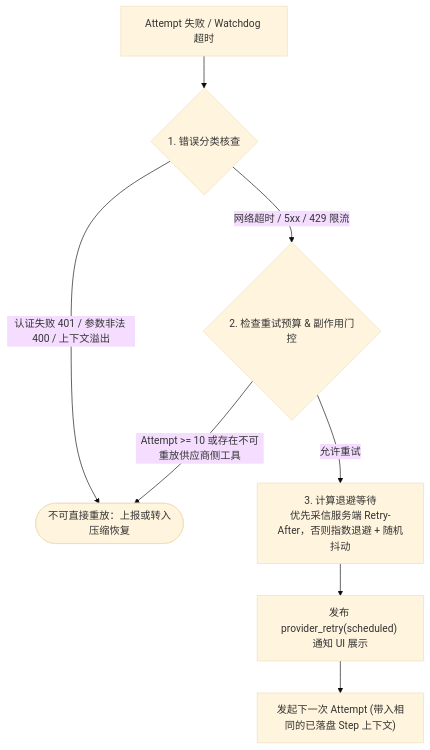
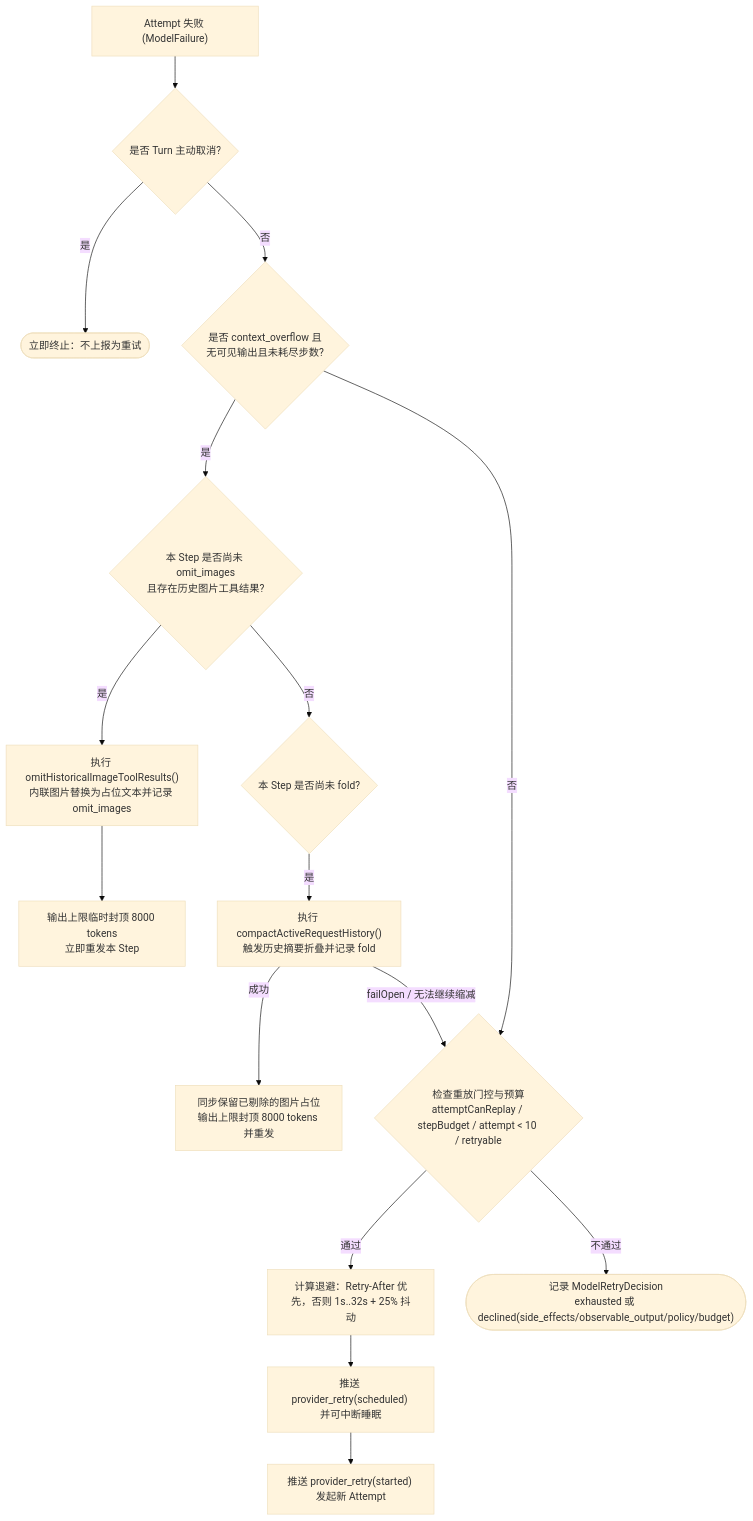
Before and after one commit to suger-m/agent-infrastructure-docs: the third of 4 diagrams in maka-agent-infra/06-operations/retry-timeout-idempotency.md, drawn with Mermaid (base theme). The commit also changed other lines of this file and 31 other files, not shown here.

````diff
--- a/maka-agent-infra/06-operations/retry-timeout-idempotency.md
+++ b/maka-agent-infra/06-operations/retry-timeout-idempotency.md
@@ -36,12 +126,22 @@
 ```mermaid
 flowchart TD
-    Err["Attempt 失败 / Watchdog 超时"] --> Classify{"1. 错误分类核查"}
-    Classify -->|"认证失败 401 / 参数非法 400 / 上下文溢出"| Stop(["不可直接重放：上报或转入压缩恢复"])
-    Classify -->|"网络超时 / 5xx / 429 限流"| Budget{"2. 检查重试预算 & 副作用门控"}
-    
-    Budget -->|Attempt >= 10 或存在不可重放供应商侧工具| Stop
-    Budget -->|允许重试| Delay["3. 计算退避等待<br/>优先采信服务端 Retry-After，否则指数退避 + 随机抖动"]
-    
-    Delay --> EmitWait["发布 provider_retry(scheduled) 通知 UI 展示"]
-    EmitWait --> Retry["发起下一次 Attempt (带入相同的已落盘 Step 上下文)"]
+    Fail["Attempt 失败 (ModelFailure)"] --> CheckAbort{"是否 Turn 主动取消?"}
+    CheckAbort -->|"是"| ThrowAbort(["立即终止：不上报为重试"])
+    CheckAbort -->|"否"| IsOverflow{"是否 context_overflow 且<br/>无可见输出且未耗尽步数?"}
+
+    IsOverflow -->|"是"| ImgCheck{"本 Step 是否尚未 omit_images<br/>且存在历史图片工具结果?"}
+    ImgCheck -->|"是"| OmitImg["执行 omitHistoricalImageToolResults()<br/>内联图片替换为占位文本并记录 omit_images"]
+    OmitImg --> CapOut["输出上限临时封顶 8000 tokens<br/>立即重发本 Step"]
+
+    ImgCheck -->|"否"| FoldCheck{"本 Step 是否尚未 fold?"}
+    FoldCheck -->|"是"| Compact["执行 compactActiveRequestHistory()<br/>触发历史摘要折叠并记录 fold"]
+    Compact -->|"成功"| ReapplyImg["同步保留已剔除的图片占位<br/>输出上限封顶 8000 tokens 并重发"]
+    Compact -->|"failOpen / 无法继续缩减"| Gate
+
+    IsOverflow -->|"否"| Gate{"检查重放门控与预算<br/>attemptCanReplay / stepBudget / attempt < 10 / retryable"}
+    Gate -->|"通过"| Backoff["计算退避：Retry-After 优先，否则 1s..32s + 25% 抖动"]
+    Backoff --> EmitWait["推送 provider_retry(scheduled) 并可中断睡眠"]
+    EmitWait --> Restart["推送 provider_retry(started) 发起新 Attempt"]
+
+    Gate -->|"不通过"| Decline(["记录 ModelRetryDecision<br/>exhausted 或 declined(side_effects/observable_output/policy/budget)"])
 ```
````
